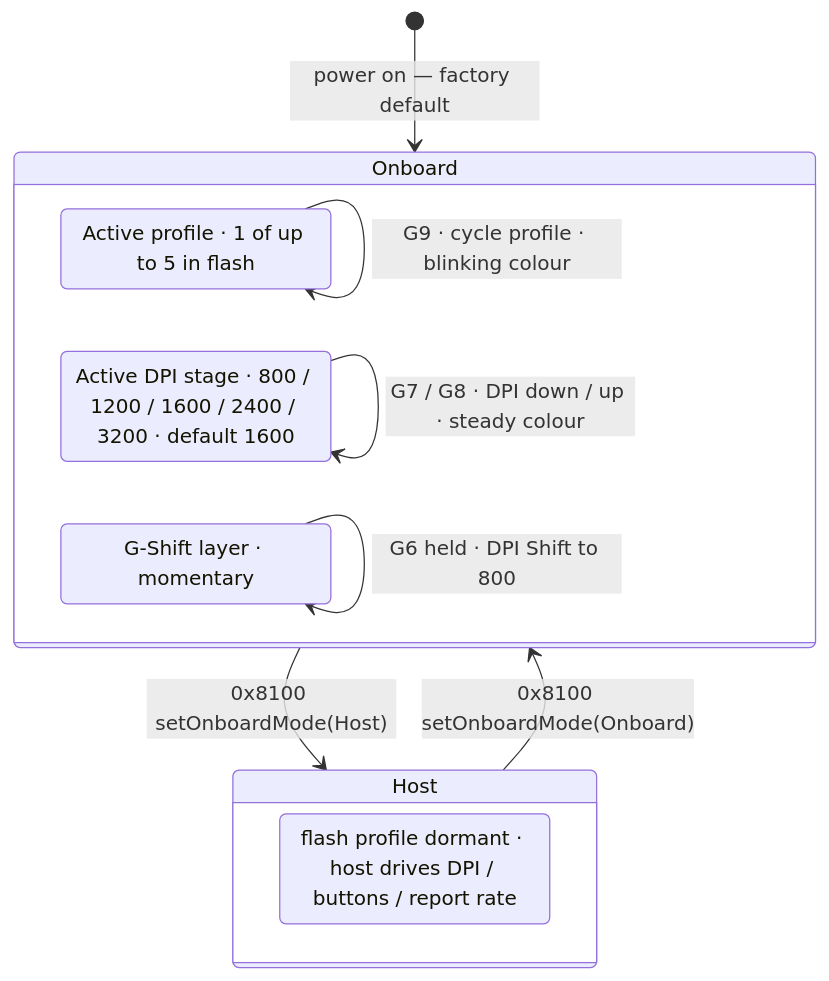
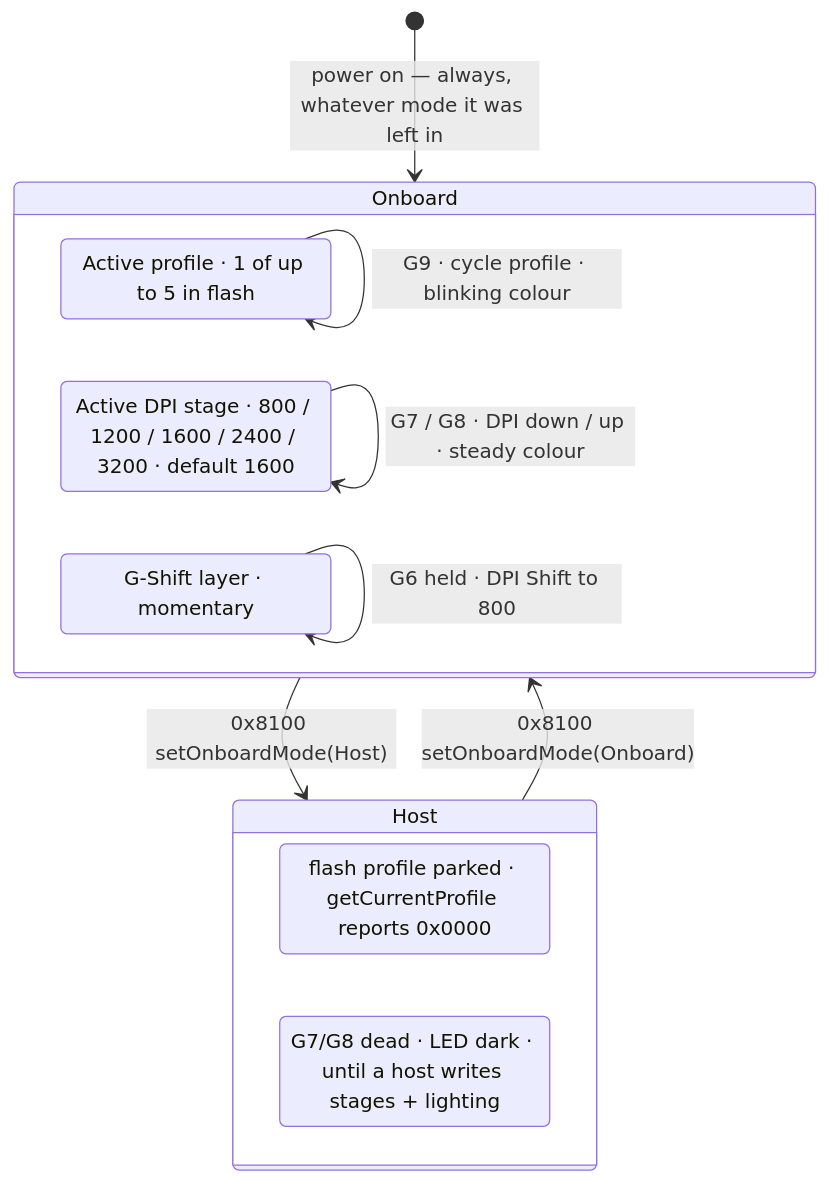
One commit to AprilNEA/OpenLogi changed the second of 2 diagrams in .claude/rules/onboard-profiles.md. Above: the diagram before and after it, drawn with Mermaid. The commit also changed other lines of this file and 5 other files, not shown here.

First line of the commit message:
docs: replace the onboard-mode premise with what the hardware does

````diff
--- a/.claude/rules/onboard-profiles.md
+++ b/.claude/rules/onboard-profiles.md
@@ -98,23 +122,24 @@
 ```mermaid
 stateDiagram-v2
-    [*] --> Onboard : power on — factory default
+    [*] --> Onboard : power on — always, whatever mode it was left in
 
     state Onboard {
         direction LR
         Profile : Active profile · 1 of up to 5 in flash
         DPI     : Active DPI stage · 800 / 1200 / 1600 / 2400 / 3200 · default 1600
         GShift  : G-Shift layer · momentary
 
         Profile --> Profile : G9 · cycle profile · blinking colour
         DPI     --> DPI     : G7 / G8 · DPI down / up · steady colour
         GShift  --> GShift  : G6 held · DPI Shift to 800
     }
 
     state Host {
         direction LR
-        HostState : flash profile dormant · host drives DPI / buttons / report rate
+        HostState : flash profile parked · getCurrentProfile reports 0x0000
+        Degraded  : G7/G8 dead · LED dark · until a host writes stages + lighting
     }
 
     Onboard --> Host : 0x8100 setOnboardMode(Host)
     Host --> Onboard : 0x8100 setOnboardMode(Onboard)
 ```
````
